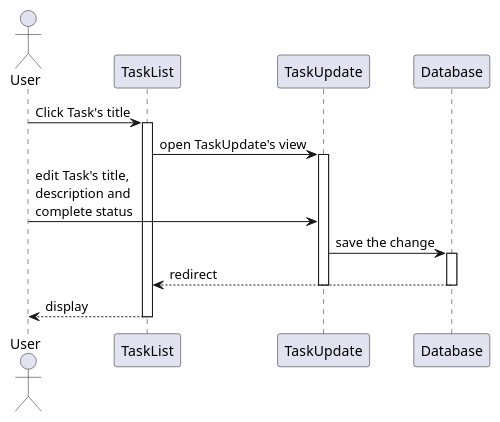
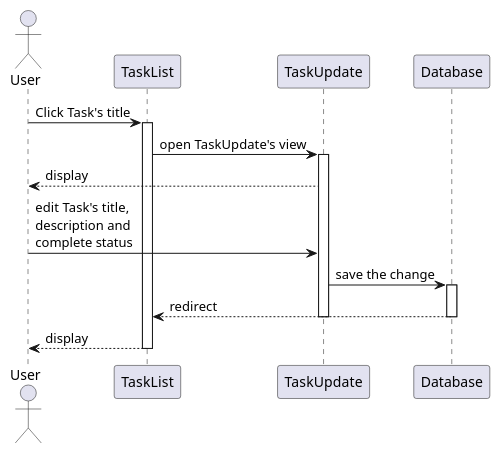
One commit to Kritsanawipankhet/CE64-41 changed the diagram in sequence-diagram/web-client/taskedit.wsd. Above: the diagram before and after it, drawn with PlantUML.

Commit message:
Update taskedit.wsd (#25)

```diff
--- a/sequence-diagram/web-client/taskedit.wsd
+++ b/sequence-diagram/web-client/taskedit.wsd
@@ -1,15 +1,16 @@
 @startuml
 Actor User
 User -> TaskList : Click Task's title
 activate TaskList
 TaskList -> TaskUpdate : open TaskUpdate's view
 activate TaskUpdate
+TaskUpdate --> User : display
 User -> TaskUpdate : edit Task's title, \ndescription and \ncomplete status
 TaskUpdate -> Database : save the change
 activate Database
 Database --> TaskList : redirect
 deactivate Database
 deactivate TaskUpdate
 TaskList --> User : display
 deactivate TaskList
 @enduml
```
